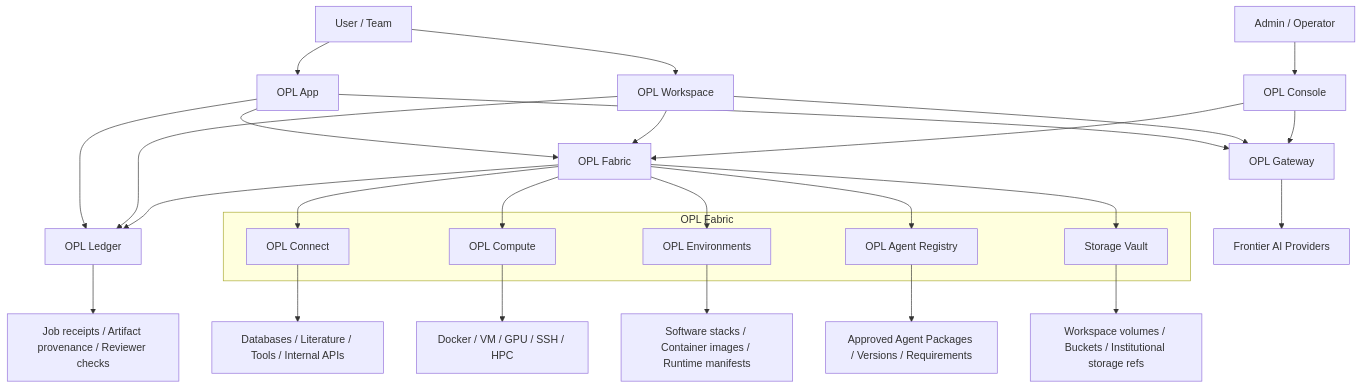
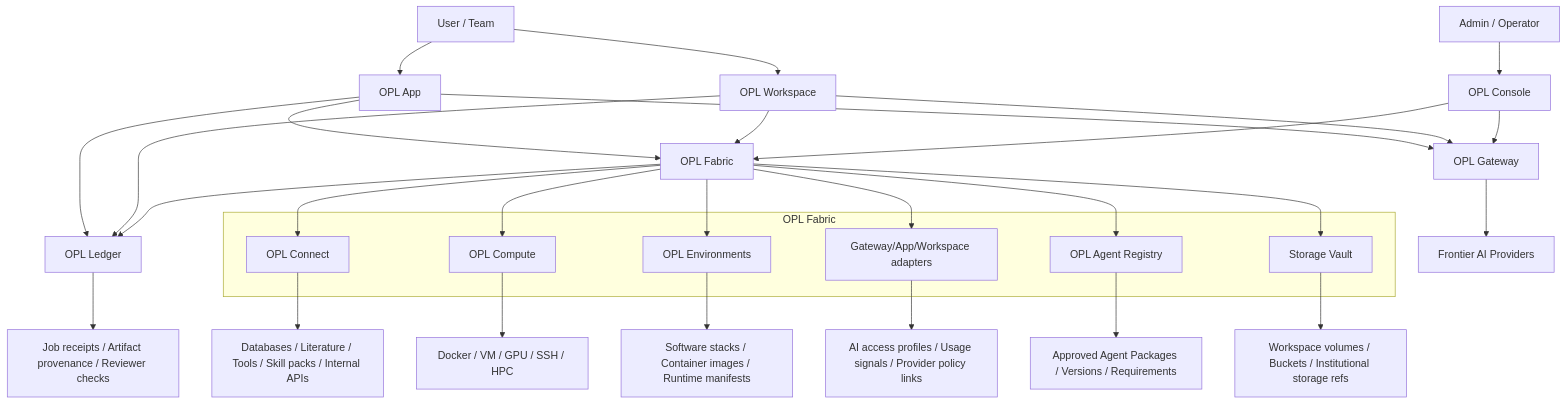
Before and after one commit to gaofeng21cn/one-person-lab-cloud: the diagram in docs/architecture.md, drawn with Mermaid. The commit also changed other lines of this file and 17 other files, not shown here.

Commit message:
docs: clarify OPL Cloud fabric skill-first positioning

````diff
--- a/docs/architecture.md
+++ b/docs/architecture.md
@@ -16,38 +16,41 @@
 ```mermaid
 flowchart TB
   User[User / Team] --> App[OPL App]
   User --> Workspace[OPL Workspace]
   Admin[Admin / Operator] --> Console[OPL Console]
 
   App --> Gateway[OPL Gateway]
   Workspace --> Gateway[OPL Gateway]
   Console --> Gateway
   App --> Fabric[OPL Fabric]
   Workspace --> Fabric[OPL Fabric]
   Console --> Fabric
   App --> Ledger[OPL Ledger]
   Workspace --> Ledger[OPL Ledger]
   Fabric --> Ledger
 
   subgraph FabricLayer[OPL Fabric]
     Connect[OPL Connect]
     Compute[OPL Compute]
     Env[OPL Environments]
+    GatewayAdapters[Gateway/App/Workspace adapters]
     Registry[OPL Agent Registry]
     Storage[Storage Vault]
   end
 
   Fabric --> Connect
   Fabric --> Compute
   Fabric --> Env
+  Fabric --> GatewayAdapters
   Fabric --> Registry
   Fabric --> Storage
 
   Gateway --> Models[Frontier AI Providers]
-  Connect --> Systems[Databases / Literature / Tools / Internal APIs]
+  Connect --> Systems[Databases / Literature / Tools / Skill packs / Internal APIs]
   Compute --> Resources[Docker / VM / GPU / SSH / HPC]
   Env --> Images[Software stacks / Container images / Runtime manifests]
+  GatewayAdapters --> Profiles[AI access profiles / Usage signals / Provider policy links]
   Registry --> AgentPackages[Approved Agent Packages / Versions / Requirements]
   Storage --> Data[Workspace volumes / Buckets / Institutional storage refs]
   Ledger --> Evidence[Job receipts / Artifact provenance / Reviewer checks]
 ```
````
